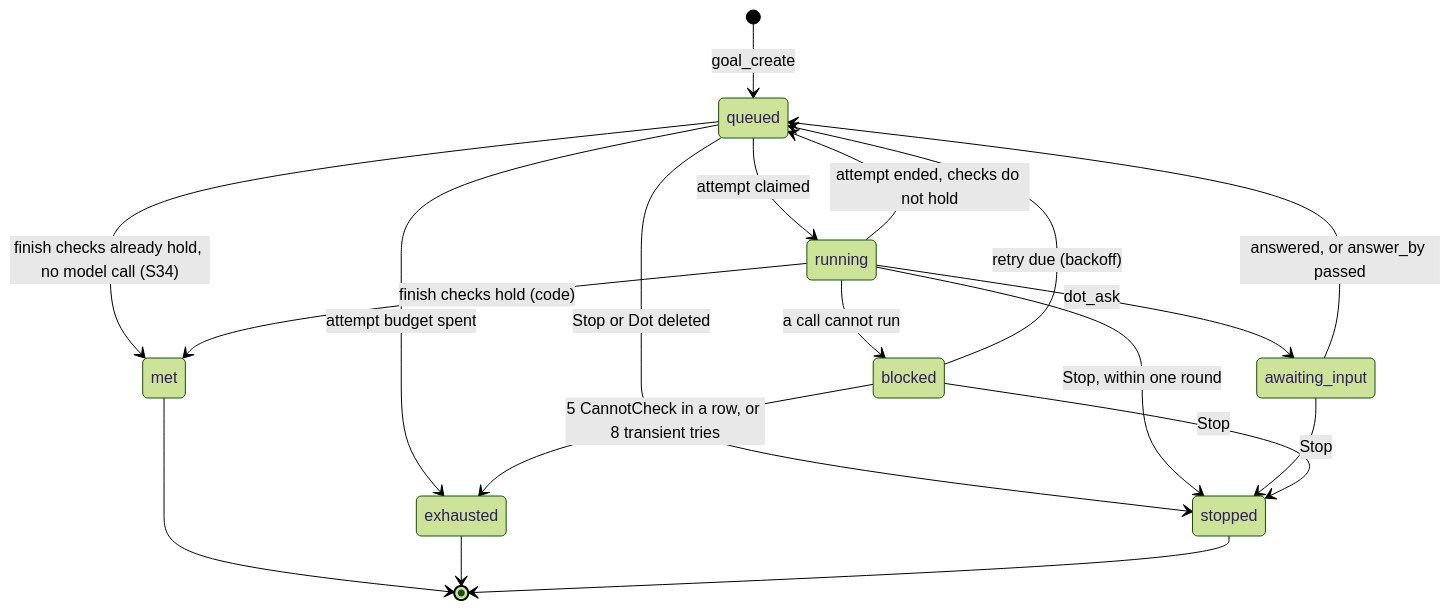
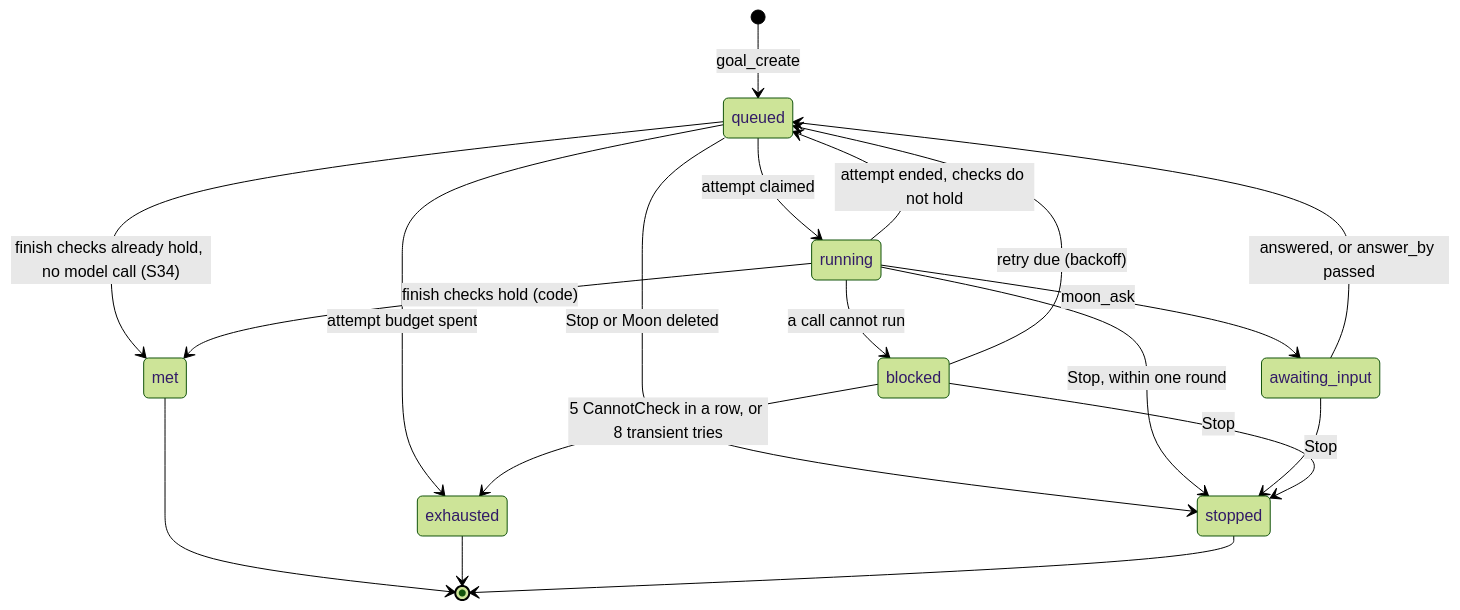
One commit to jeremyspofford/nova changed the second of 3 diagrams in docs/plans/rebuild/s53/spec.md. Above: the diagram before and after it, drawn with Mermaid (forest theme). The commit also changed other lines of this file and 1 other file, not shown here.

````diff
--- a/docs/plans/rebuild/s53/spec.md
+++ b/docs/plans/rebuild/s53/spec.md
@@ -881,21 +898,21 @@
 ```mermaid
 stateDiagram-v2
   [*] --> queued: goal_create
   queued --> met: finish checks already hold, no model call (S34)
   queued --> running: attempt claimed
   running --> met: finish checks hold (code)
   running --> queued: attempt ended, checks do not hold
-  running --> awaiting_input: dot_ask
+  running --> awaiting_input: moon_ask
   running --> blocked: a call cannot run
   awaiting_input --> queued: answered, or answer_by passed
   blocked --> queued: retry due (backoff)
   queued --> exhausted: attempt budget spent
   blocked --> exhausted: 5 CannotCheck in a row, or 8 transient tries
-  queued --> stopped: Stop or Dot deleted
+  queued --> stopped: Stop or Moon deleted
   running --> stopped: Stop, within one round
   awaiting_input --> stopped: Stop
   blocked --> stopped: Stop
   met --> [*]
   exhausted --> [*]
   stopped --> [*]
 ```
````
